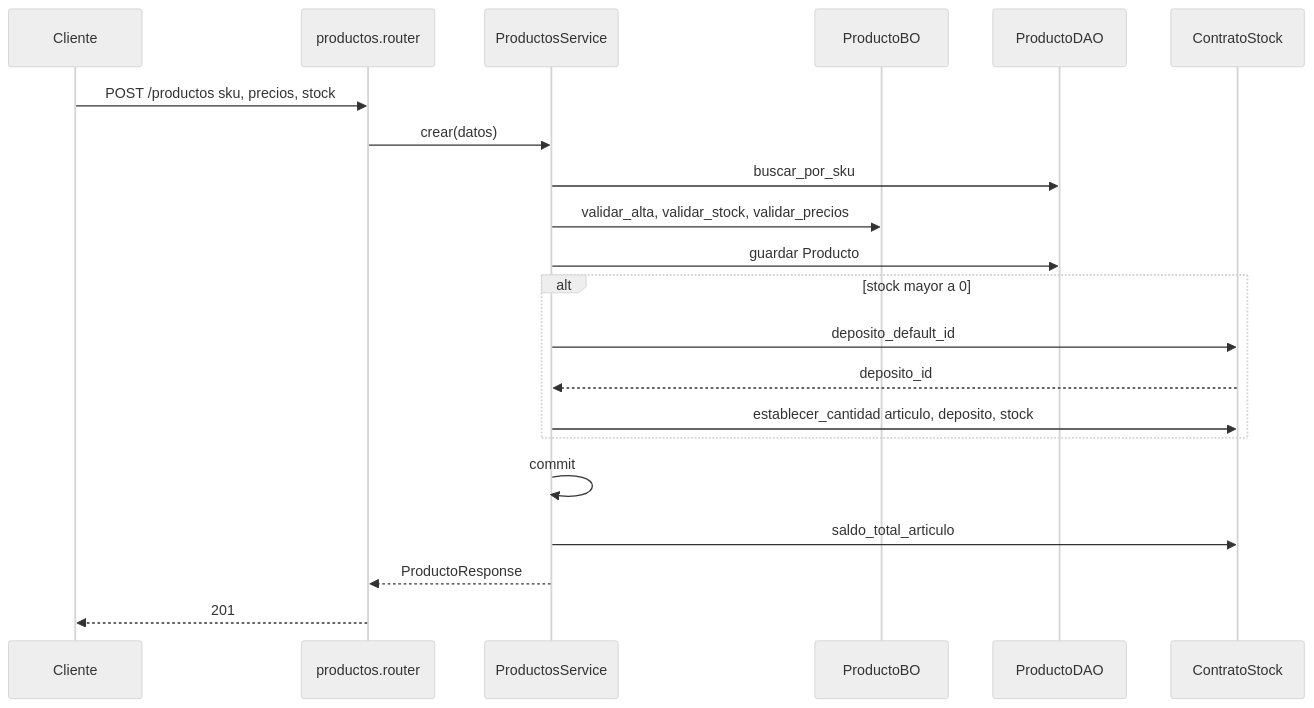
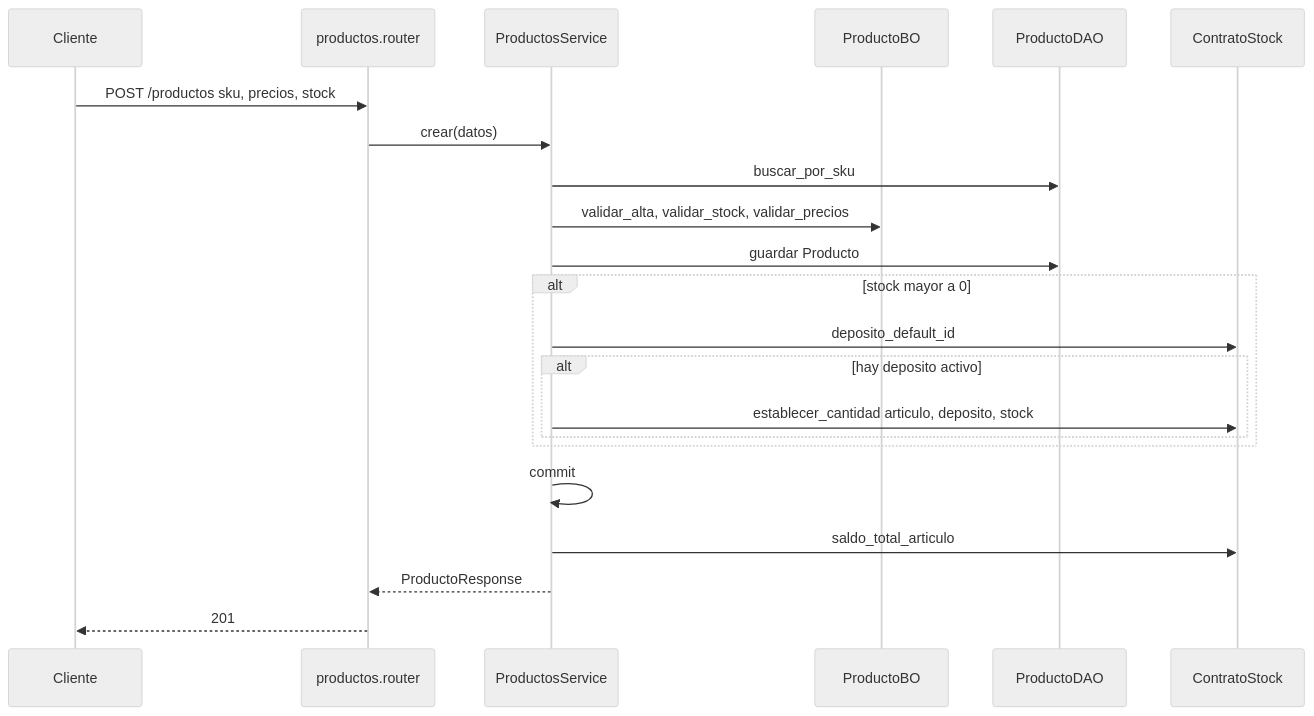
One commit to estsan3/ventas360-api changed the diagram in docs/diagramas/productos.md. Above: the diagram before and after it, drawn with Mermaid (neutral theme). The commit also changed other lines of this file and 20 other files, not shown here.

First line of the commit message:
docs: diagramas de secuencia por módulo (sync 2026-09-21)

````diff
--- a/docs/diagramas/productos.md
+++ b/docs/diagramas/productos.md
@@ -8,24 +8,25 @@
 ```mermaid
 sequenceDiagram
     participant Cliente
     participant Router as productos.router
     participant Service as ProductosService
     participant BO as ProductoBO
     participant DAO as ProductoDAO
     participant Stock as ContratoStock
 
     Cliente->>Router: POST /productos sku, precios, stock
     Router->>Service: crear(datos)
     Service->>DAO: buscar_por_sku
     Service->>BO: validar_alta, validar_stock, validar_precios
     Service->>DAO: guardar Producto
     alt stock mayor a 0
         Service->>Stock: deposito_default_id
-        Stock-->>Service: deposito_id
-        Service->>Stock: establecer_cantidad articulo, deposito, stock
+        alt hay deposito activo
+            Service->>Stock: establecer_cantidad articulo, deposito, stock
+        end
     end
     Service->>Service: commit
     Service->>Stock: saldo_total_articulo
     Service-->>Router: ProductoResponse
     Router-->>Cliente: 201
 ```
````
